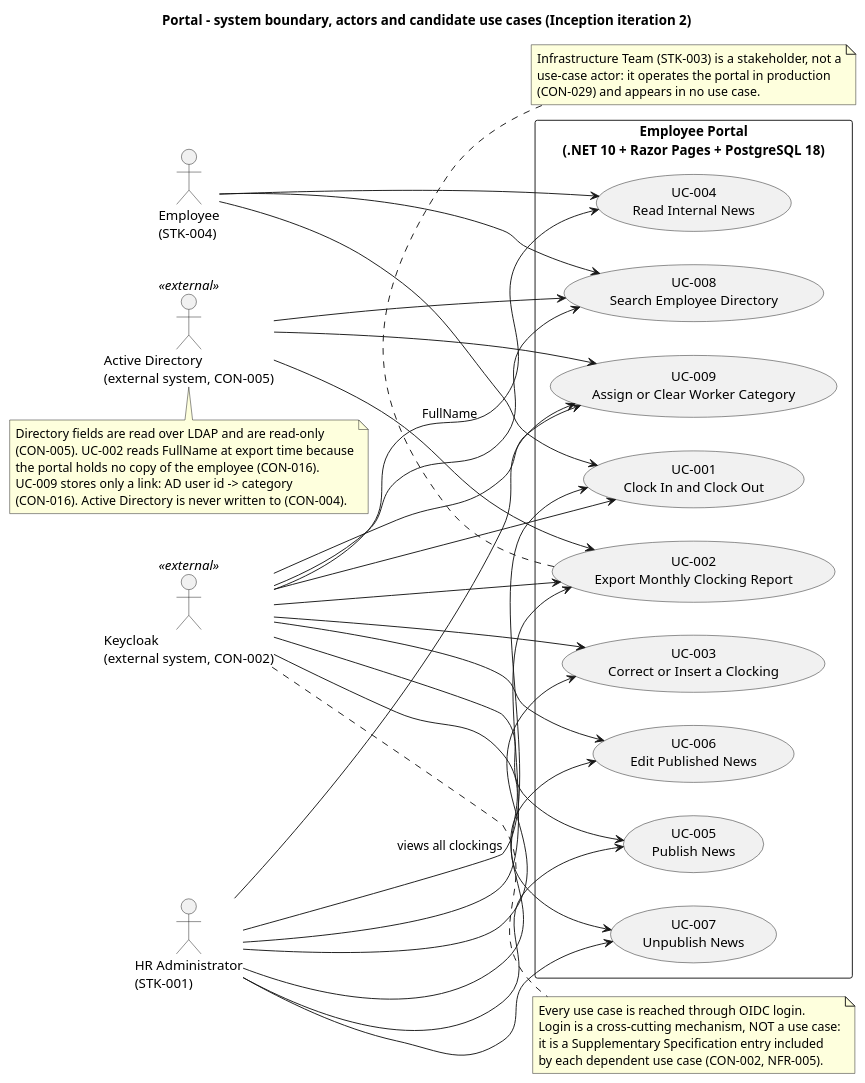
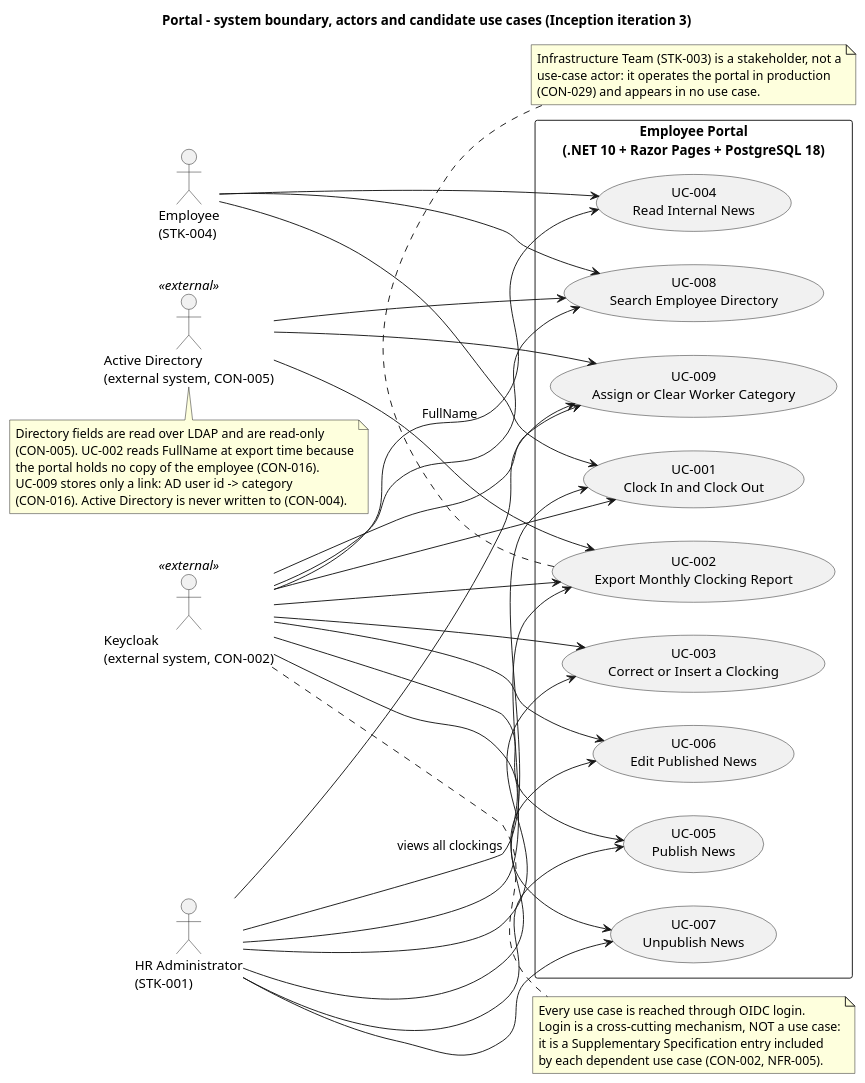
Before and after one commit to banense-test/portal: the diagram in docs/artifacts/requirements/vision.md, drawn with PlantUML. The commit also changed other lines of this file, not shown here.

Commit message:
System Analyst [I3]: upsert Vision
[skip ci]

````diff
--- a/docs/artifacts/requirements/vision.md
+++ b/docs/artifacts/requirements/vision.md
@@ -44,68 +44,68 @@
 ```plantuml
 @startuml Portal_Vision_UC
-title Portal - system boundary, actors and candidate use cases (Inception iteration 2)
+title Portal - system boundary, actors and candidate use cases (Inception iteration 3)
 left to right direction
 skinparam packageStyle rectangle
 
 actor "Employee\n(STK-004)" as EMP
 actor "HR Administrator\n(STK-001)" as HR
 actor "Keycloak\n(external system, CON-002)" as KC <<external>>
 actor "Active Directory\n(external system, CON-005)" as AD <<external>>
 
 rectangle "Employee Portal\n(.NET 10 + Razor Pages + PostgreSQL 18)" {
   usecase "UC-001\nClock In and Clock Out" as UC001
   usecase "UC-002\nExport Monthly Clocking Report" as UC002
   usecase "UC-003\nCorrect or Insert a Clocking" as UC003
   usecase "UC-004\nRead Internal News" as UC004
   usecase "UC-005\nPublish News" as UC005
   usecase "UC-006\nEdit Published News" as UC006
   usecase "UC-007\nUnpublish News" as UC007
   usecase "UC-008\nSearch Employee Directory" as UC008
   usecase "UC-009\nAssign or Clear Worker Category" as UC009
 }
 
 EMP --> UC001
 EMP --> UC004
 EMP --> UC008
 HR --> UC002
 HR --> UC003
 HR --> UC005
 HR --> UC006
 HR --> UC007
 HR --> UC009
 HR --> UC001 : views all clockings
 KC --> UC001
 KC --> UC002
 KC --> UC003
 KC --> UC004
 KC --> UC005
 KC --> UC006
 KC --> UC007
 KC --> UC008
 KC --> UC009
 AD --> UC002 : FullName
 AD --> UC008
 AD --> UC009
 
 note right of KC
   Every use case is reached through OIDC login.
   Login is a cross-cutting mechanism, NOT a use case:
   it is a Supplementary Specification entry included
   by each dependent use case (CON-002, NFR-005).
 end note
 
 note bottom of AD
   Directory fields are read over LDAP and are read-only
   (CON-005). UC-002 reads FullName at export time because
   the portal holds no copy of the employee (CON-016).
   UC-009 stores only a link: AD user id -> category
   (CON-016). Active Directory is never written to (CON-004).
 end note
 
 note bottom of UC002
   Infrastructure Team (STK-003) is a stakeholder, not a
   use-case actor: it operates the portal in production
   (CON-029) and appears in no use case.
 end note
 @enduml
 ```
````
